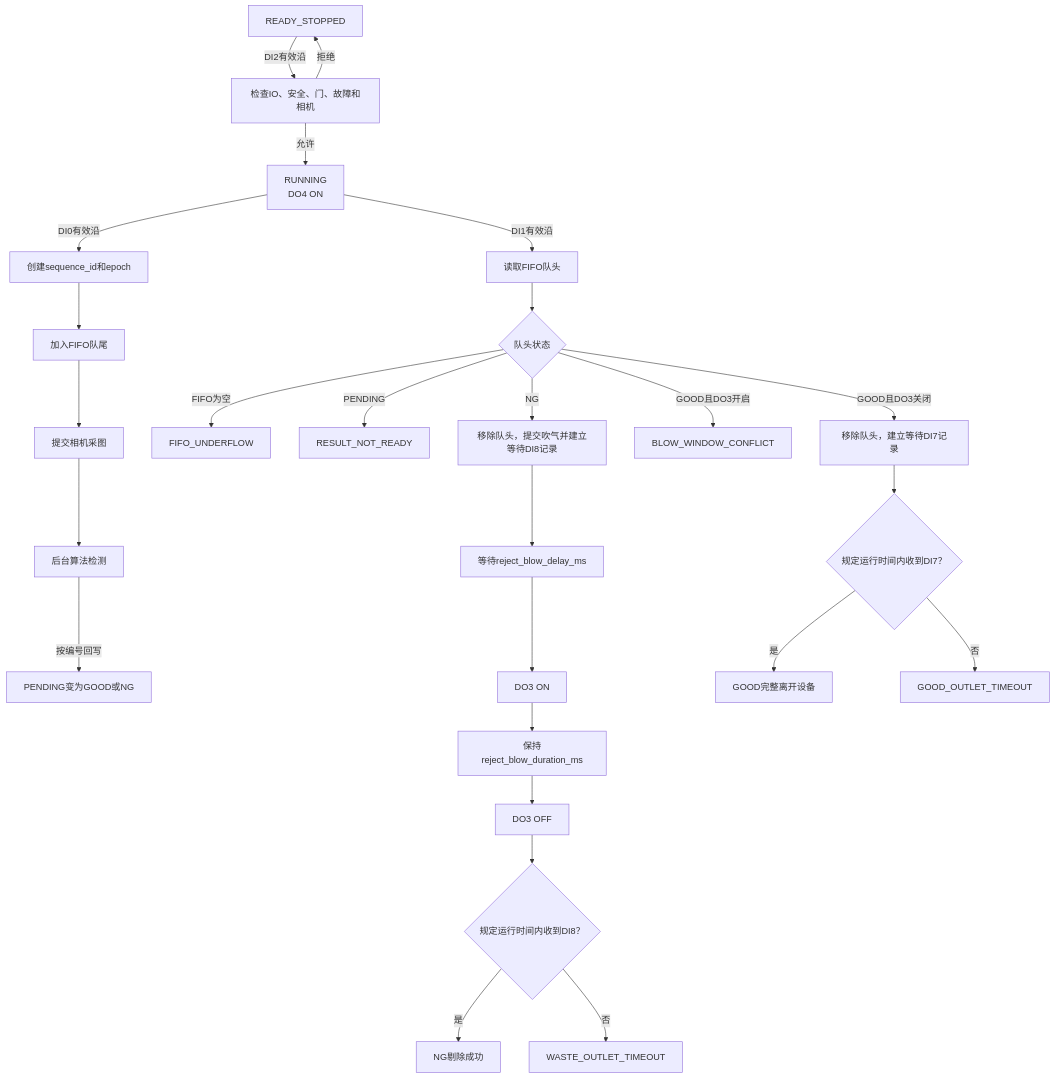
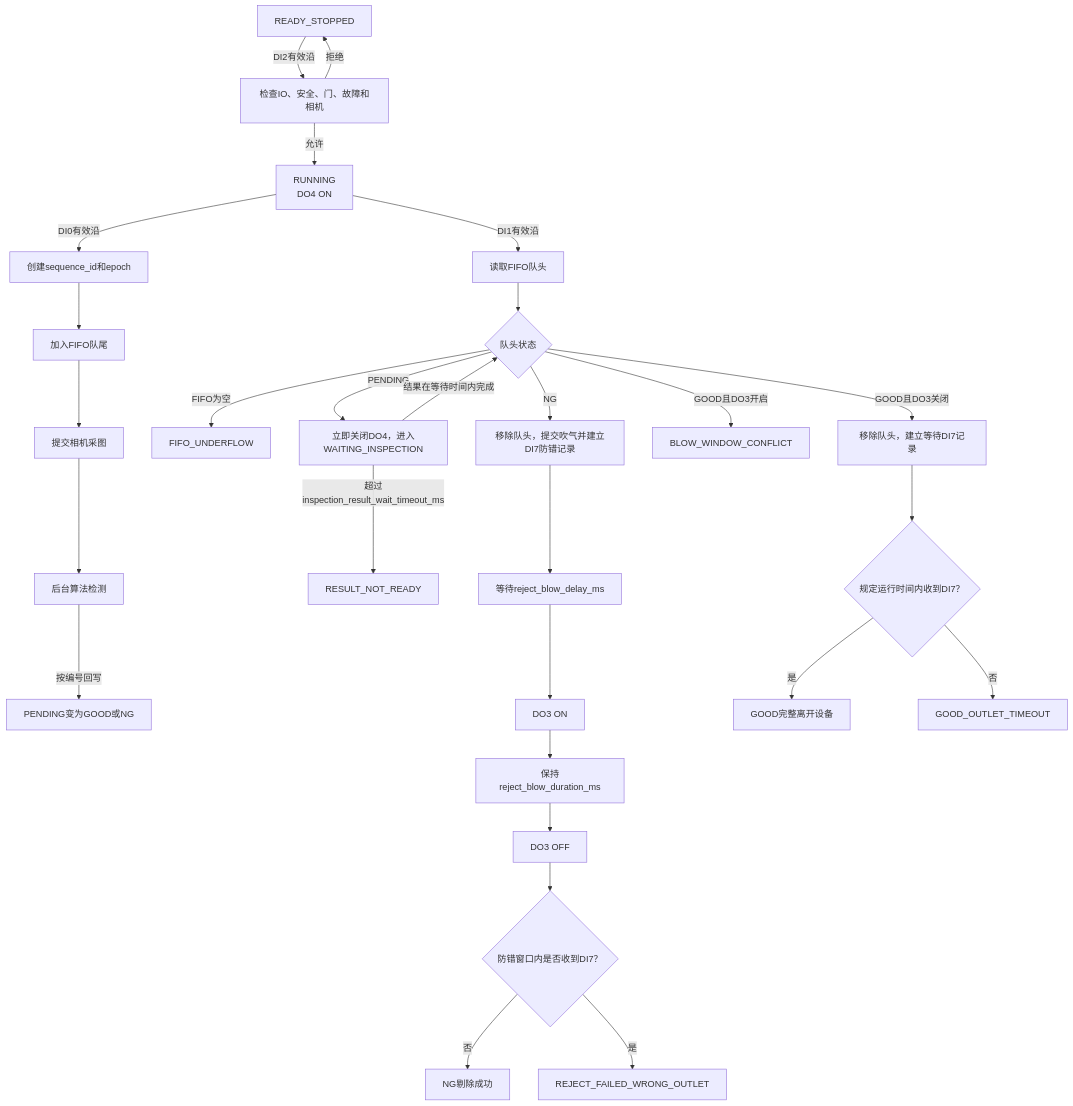
The third of 12 diagrams in 皮带线IO控制架构与代码流程说明.md (wulili200709/EmbeddingTest), drawn with Mermaid before and after one commit. The commit also changed other lines of this file and 66 other files, not shown here.

````diff
--- a/皮带线IO控制架构与代码流程说明.md
+++ b/皮带线IO控制架构与代码流程说明.md
@@ -207,30 +207,32 @@
 ```mermaid
 flowchart TD
     A["READY_STOPPED"] -->|"DI2有效沿"| B["检查IO、安全、门、故障和相机"]
     B -->|"允许"| C["RUNNING<br/>DO4 ON"]
     B -->|"拒绝"| A
 
     C -->|"DI0有效沿"| D["创建sequence_id和epoch"]
     D --> E["加入FIFO队尾"]
     E --> F["提交相机采图"]
     F --> G["后台算法检测"]
     G -->|"按编号回写"| H["PENDING变为GOOD或NG"]
 
     C -->|"DI1有效沿"| I["读取FIFO队头"]
     I --> J{"队头状态"}
     J -->|"FIFO为空"| K["FIFO_UNDERFLOW"]
-    J -->|"PENDING"| L["RESULT_NOT_READY"]
+    J -->|"PENDING"| L["立即关闭DO4，进入WAITING_INSPECTION"]
+    L -->|"结果在等待时间内完成"| J
+    L -->|"超过inspection_result_wait_timeout_ms"| Z["RESULT_NOT_READY"]
     J -->|"GOOD且DO3关闭"| M["移除队头，建立等待DI7记录"]
     J -->|"GOOD且DO3开启"| N["BLOW_WINDOW_CONFLICT"]
-    J -->|"NG"| O["移除队头，提交吹气并建立等待DI8记录"]
+    J -->|"NG"| O["移除队头，提交吹气并建立DI7防错记录"]
     O --> P["等待reject_blow_delay_ms"]
     P --> Q["DO3 ON"]
     Q --> R["保持reject_blow_duration_ms"]
     R --> S["DO3 OFF"]
     M --> T{"规定运行时间内收到DI7？"}
-    S --> U{"规定运行时间内收到DI8？"}
+    S --> U{"防错窗口内是否收到DI7？"}
     T -->|"是"| V["GOOD完整离开设备"]
-    U -->|"是"| W["NG剔除成功"]
+    U -->|"否"| W["NG剔除成功"]
     T -->|"否"| X["GOOD_OUTLET_TIMEOUT"]
-    U -->|"否"| Y["WASTE_OUTLET_TIMEOUT"]
+    U -->|"是"| Y["REJECT_FAILED_WRONG_OUTLET"]
 ```
````
